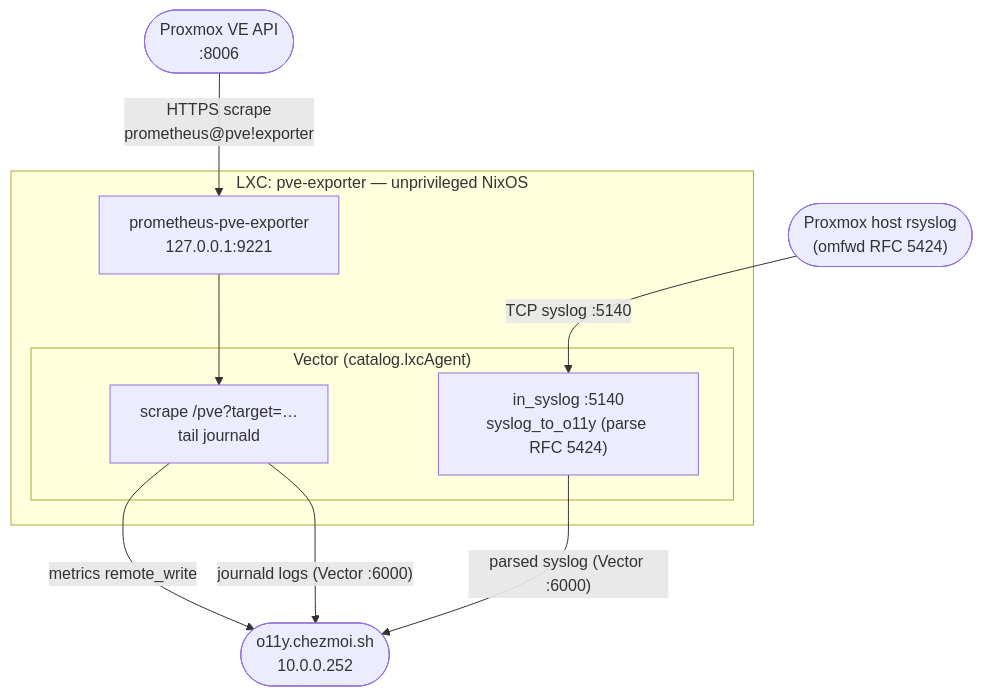
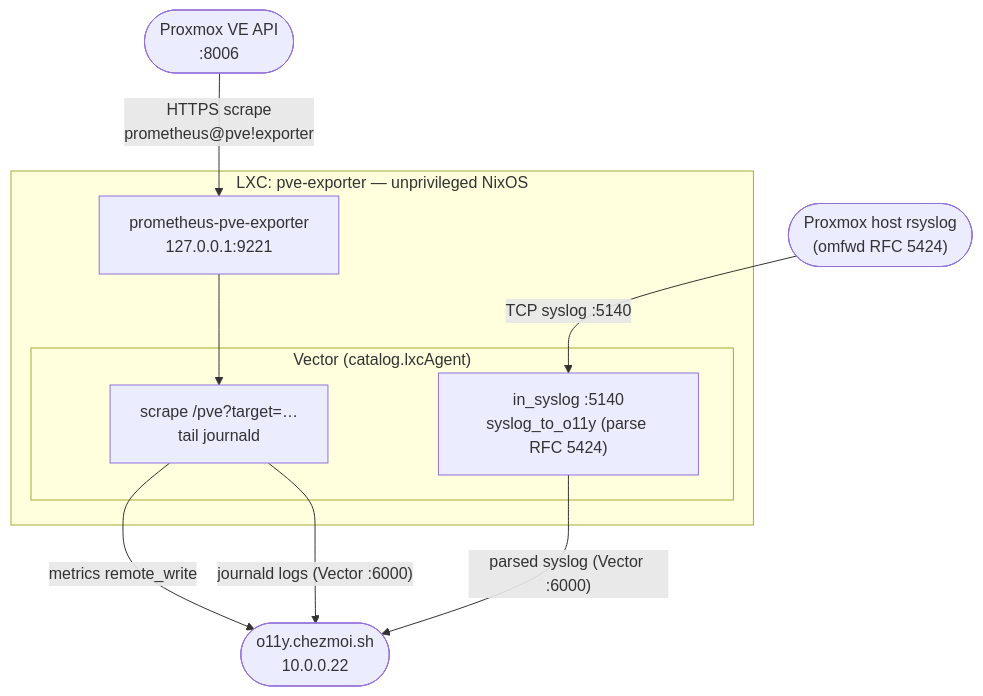
One commit to chezmoidotsh/arcane changed the diagram in projects/chezmoi.sh/src/infrastructure/proxmox/lxc/pve-exporter/README.md. Above: the diagram before and after it, drawn with Mermaid. The commit also changed other lines of this file and 4 other files, not shown here.

````diff
--- a/projects/chezmoi.sh/src/infrastructure/proxmox/lxc/pve-exporter/README.md
+++ b/projects/chezmoi.sh/src/infrastructure/proxmox/lxc/pve-exporter/README.md
@@ -32,21 +32,21 @@
 ```mermaid
 flowchart TB
     api(["Proxmox VE API<br/>:8006"])
     host(["Proxmox host rsyslog<br/>(omfwd RFC 5424)"])
-    o11y(["o11y.chezmoi.sh<br/>10.0.0.252"])
+    o11y(["o11y.chezmoi.sh<br/>10.0.0.22"])
 
     subgraph lxc["LXC: pve-exporter — unprivileged NixOS"]
         exp["prometheus-pve-exporter<br/>127.0.0.1:9221"]
         subgraph vector["Vector (catalog.lxcAgent)"]
             scrape["scrape /pve?target=&hellip;<br/>tail journald"]
             syslog["in_syslog :5140<br/>syslog_to_o11y (parse RFC 5424)"]
         end
     end
 
     api -->|"HTTPS scrape<br/>prometheus@pve!exporter"| exp
     exp --> scrape
     host -->|"TCP syslog :5140"| syslog
     scrape -->|"metrics remote_write"| o11y
     scrape -->|"journald logs (Vector :6000)"| o11y
     syslog -->|"parsed syslog (Vector :6000)"| o11y
 ```
````
